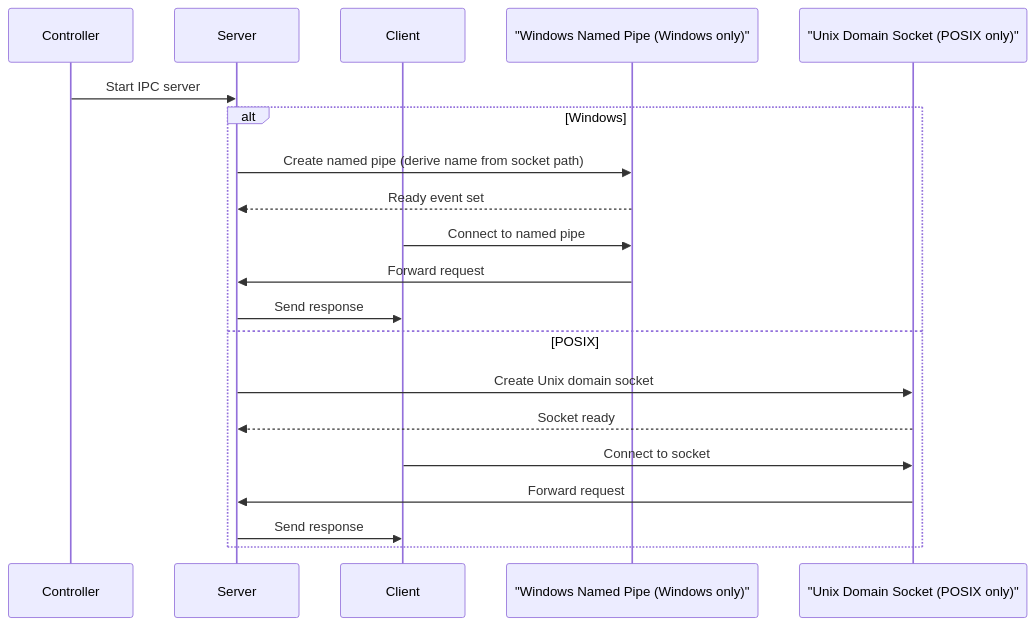
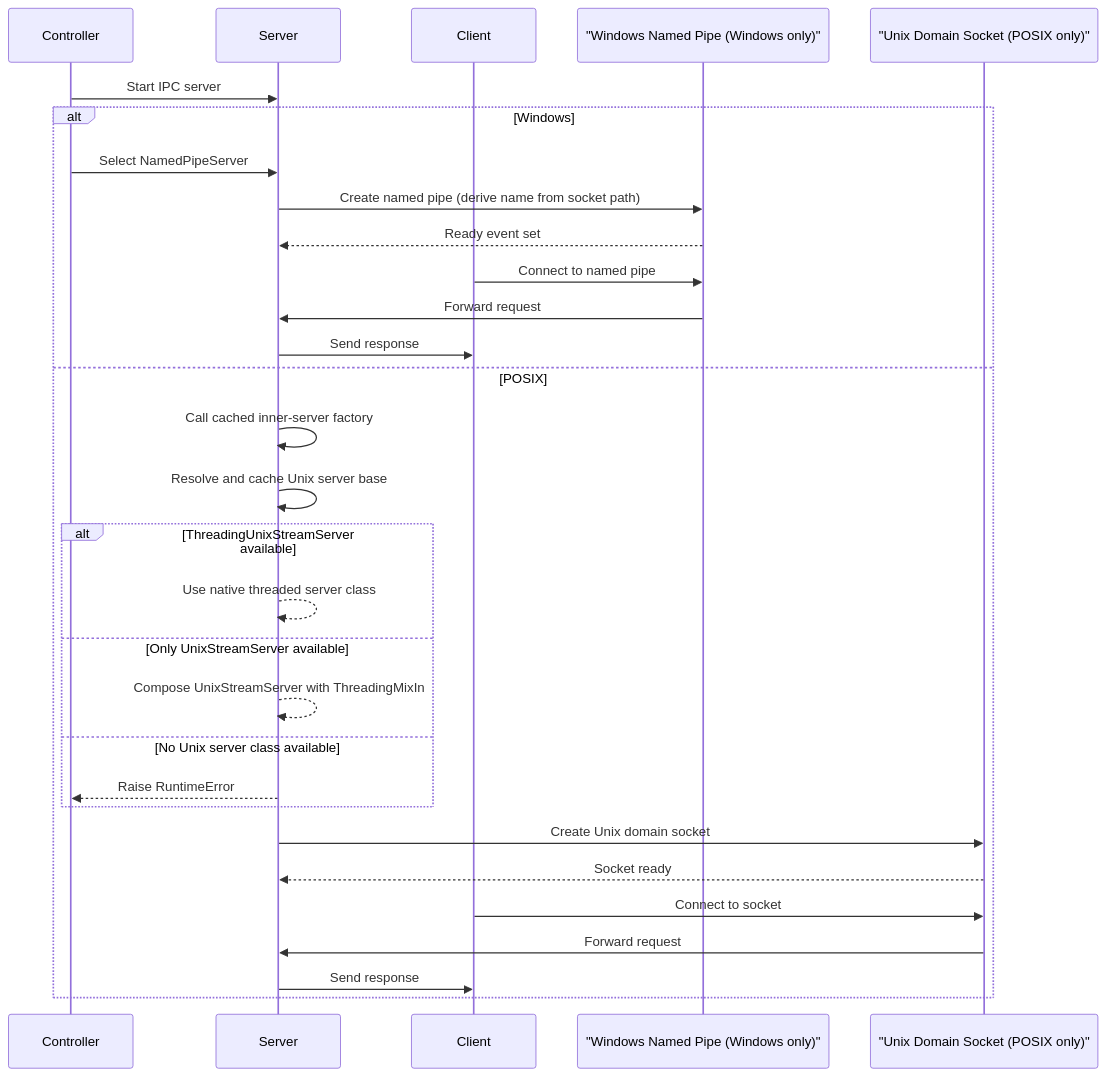
The eighth of 28 diagrams in docs/python-native-command-mocking-design.md (leynos/cmd-mox), drawn with Mermaid before and after one commit. The commit also changed other lines of this file and 17 other files, not shown here.

````diff
--- a/docs/python-native-command-mocking-design.md
+++ b/docs/python-native-command-mocking-design.md
@@ -861,22 +893,32 @@
 ```mermaid
 sequenceDiagram
     participant Controller
     participant Server
     participant Client
     participant WindowsPipe as "Windows Named Pipe (Windows only)"
     participant UnixSocket as "Unix Domain Socket (POSIX only)"
     Controller->>Server: Start IPC server
     alt Windows
+        Controller->>Server: Select NamedPipeServer
         Server->>WindowsPipe: Create named pipe (derive name from socket path)
         WindowsPipe-->>Server: Ready event set
         Client->>WindowsPipe: Connect to named pipe
         WindowsPipe->>Server: Forward request
         Server->>Client: Send response
     else POSIX
+        Server->>Server: Call cached inner-server factory
+        Server->>Server: Resolve and cache Unix server base
+        alt ThreadingUnixStreamServer available
+            Server-->>Server: Use native threaded server class
+        else Only UnixStreamServer available
+            Server-->>Server: Compose UnixStreamServer with ThreadingMixIn
+        else No Unix server class available
+            Server-->>Controller: Raise RuntimeError
+        end
         Server->>UnixSocket: Create Unix domain socket
         UnixSocket-->>Server: Socket ready
         Client->>UnixSocket: Connect to socket
         UnixSocket->>Server: Forward request
         Server->>Client: Send response
     end
 ```
````
